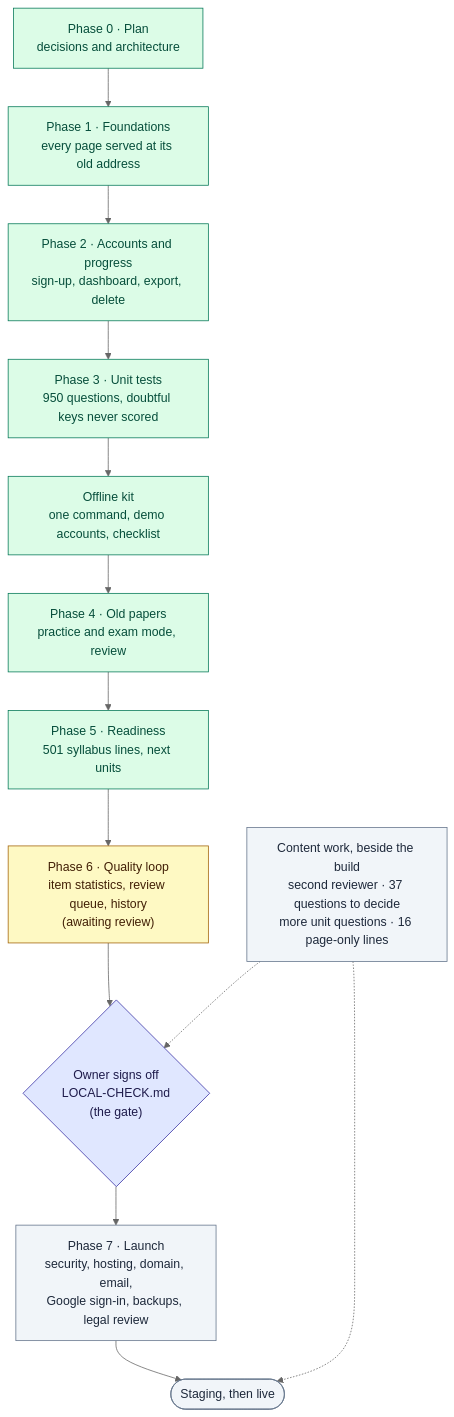
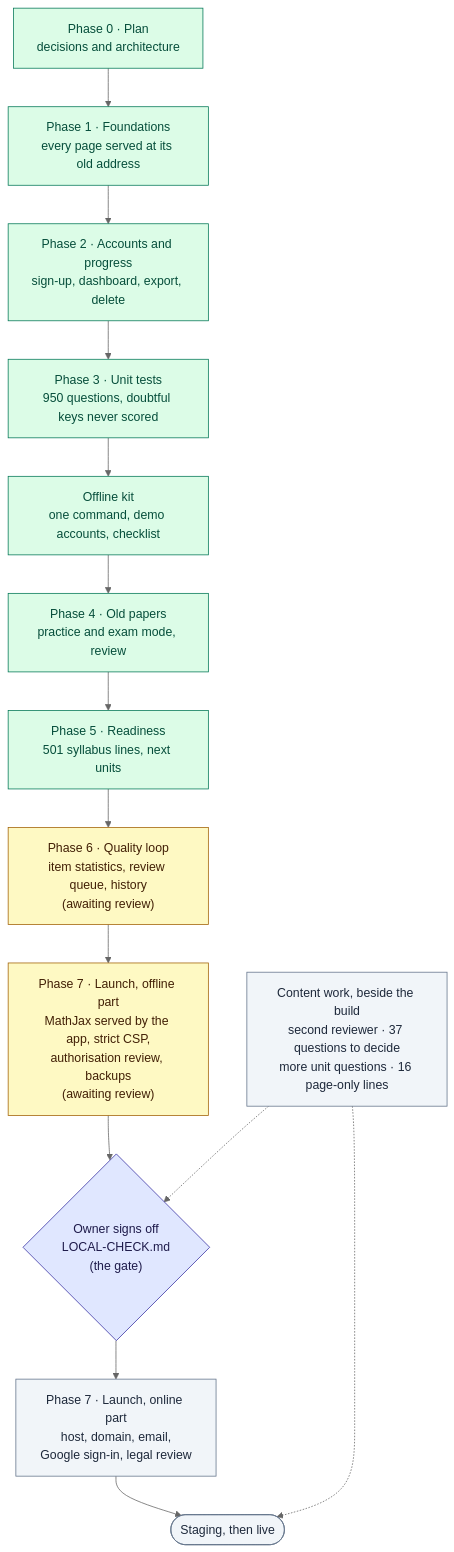
Before and after one commit to nrstatlab/planning-for-future: the diagram in Webapp/PROJECT-STATUS.md, drawn with Mermaid (neutral theme). The commit also changed other lines of this file and 2 other files, not shown here.

First line of the commit message:
Webapp: Phase 7, the offline part (ARCHITECTURE §18, README, project status)

````diff
--- a/Webapp/PROJECT-STATUS.md
+++ b/Webapp/PROJECT-STATUS.md
@@ -21,21 +21,22 @@
 ```mermaid
 flowchart TB
   P0["Phase 0 · Plan<br/>decisions and architecture"]:::done --> P1
   P1["Phase 1 · Foundations<br/>every page served at its old address"]:::done --> P2
   P2["Phase 2 · Accounts and progress<br/>sign-up, dashboard, export, delete"]:::done --> P3
   P3["Phase 3 · Unit tests<br/>950 questions, doubtful keys never scored"]:::done --> KIT
   KIT["Offline kit<br/>one command, demo accounts, checklist"]:::done --> P4
   P4["Phase 4 · Old papers<br/>practice and exam mode, review"]:::done --> P5
   P5["Phase 5 · Readiness<br/>501 syllabus lines, next units"]:::done --> P6
-  P6["Phase 6 · Quality loop<br/>item statistics, review queue, history<br/>(awaiting review)"]:::review --> SIGN
-  SIGN{"Owner signs off<br/>LOCAL-CHECK.md<br/>(the gate)"}:::gate --> P7
-  P7["Phase 7 · Launch<br/>security, hosting, domain, email,<br/>Google sign-in, backups, legal review"]:::todo --> LIVE
+  P6["Phase 6 · Quality loop<br/>item statistics, review queue, history<br/>(awaiting review)"]:::review --> P7A
+  P7A["Phase 7 · Launch, offline part<br/>MathJax served by the app, strict CSP,<br/>authorisation review, backups<br/>(awaiting review)"]:::review --> SIGN
+  SIGN{"Owner signs off<br/>LOCAL-CHECK.md<br/>(the gate)"}:::gate --> P7B
+  P7B["Phase 7 · Launch, online part<br/>host, domain, email,<br/>Google sign-in, legal review"]:::todo --> LIVE
   LIVE(["Staging, then live"]):::todo
   C["Content work, beside the build<br/>second reviewer · 37 questions to decide<br/>more unit questions · 16 page-only lines"]:::todo -.-> SIGN
   C -.-> LIVE
 
   classDef done fill:#dcfce7,stroke:#047857,color:#064e3b
   classDef review fill:#fef9c3,stroke:#a16207,color:#422006
   classDef gate fill:#e0e7ff,stroke:#3730a3,color:#1e1b4b
   classDef todo fill:#f1f5f9,stroke:#64748b,color:#1e293b
 ```
````
